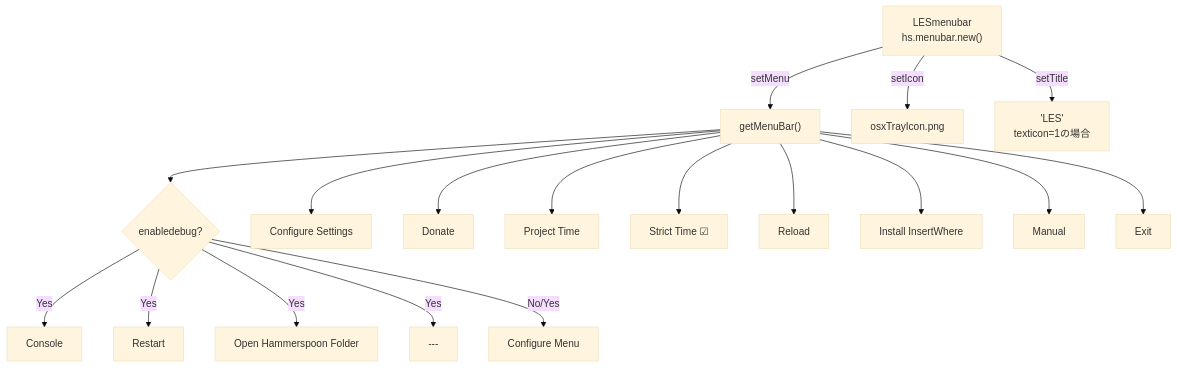
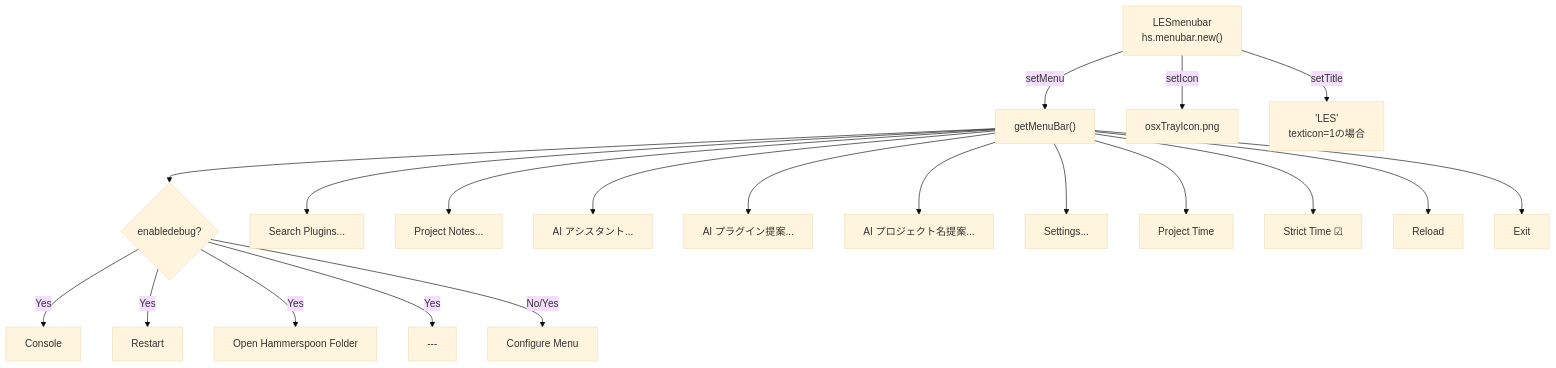
The fifth of 17 diagrams in docs/ARCHITECTURE.md (LiveEnhancementSuite/LESforMacOS), drawn with Mermaid (base theme) before and after one commit. The commit also changed other lines of this file and 2 other files, not shown here.

````diff
--- a/docs/ARCHITECTURE.md
+++ b/docs/ARCHITECTURE.md
@@ -156,21 +157,23 @@
 ```mermaid
 graph TD
     MB["LESmenubar<br/>hs.menubar.new()"] -->|setMenu| GT["getMenuBar()"]
     GT --> DBG{enabledebug?}
     DBG -->|Yes| D1["Console"]
     DBG -->|Yes| D2["Restart"]
     DBG -->|Yes| D3["Open Hammerspoon Folder"]
     DBG -->|Yes| D4["---"]
+    GT --> SP["Search Plugins..."]
+    GT --> PN["Project Notes..."]
+    GT --> AI1["AI アシスタント..."]
+    GT --> AI2["AI プラグイン提案..."]
+    GT --> AI3["AI プロジェクト名提案..."]
     DBG -->|No/Yes| U1["Configure Menu"]
-    GT --> U2["Configure Settings"]
-    GT --> U3["Donate"]
+    GT --> U2["Settings..."]
     GT --> U4["Project Time"]
     GT --> U5["Strict Time ☑"]
     GT --> U6["Reload"]
-    GT --> U7["Install InsertWhere"]
-    GT --> U8["Manual"]
     GT --> U9["Exit"]
 
     MB -->|setIcon| ICON["osxTrayIcon.png"]
     MB -->|setTitle| TEXT["'LES'<br/>texticon=1の場合"]
 ```
````
